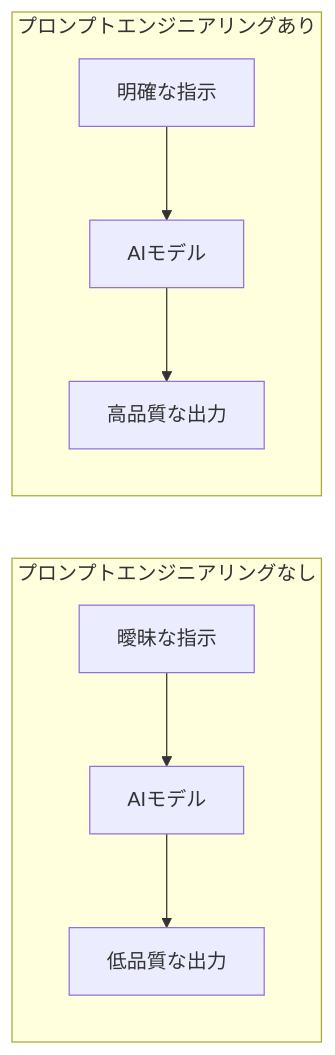
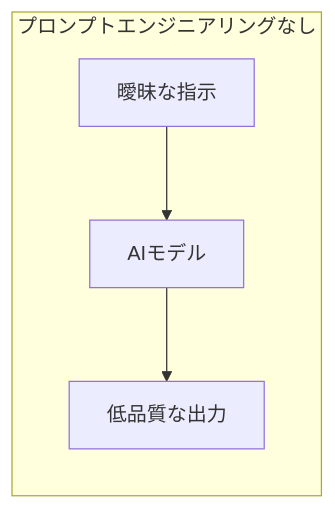
Before and after one commit to SparklingDetergent/doc_genai_About_prompt_engineering: the second of 9 diagrams in README.md, drawn with Mermaid.

````diff
--- a/README.md
+++ b/README.md
@@ -36,11 +36,7 @@
 ```mermaid
 graph LR
     subgraph "プロンプトエンジニアリングなし"
         A[曖昧な指示] --> B[AIモデル]
         B --> C[低品質な出力]
     end
-    subgraph "プロンプトエンジニアリングあり"
-        D[明確な指示] --> E[AIモデル]
-        E --> F[高品質な出力]
-    end
 ```
````
